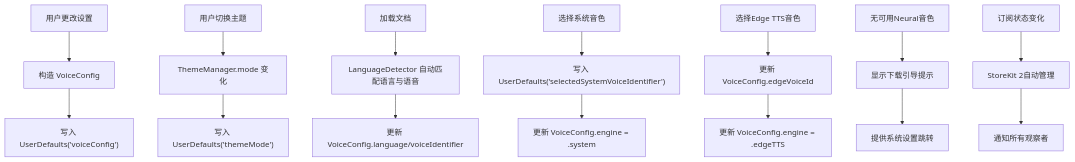
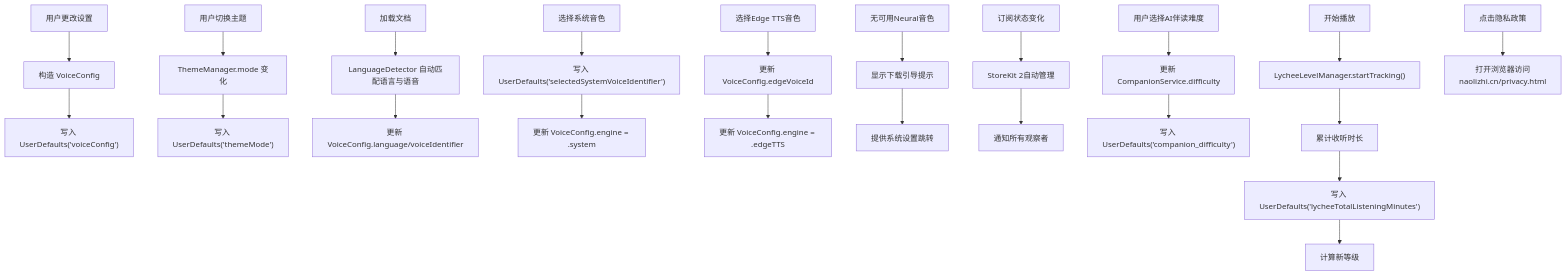
Diagram 16 of 17 in .qoder/repowiki/zh/content/用户界面设计/设置界面/设置界面.md (Primoguo/VoiceReader), drawn with Mermaid before and after one commit. The commit also changed other lines of this file and 92 other files, not shown here.

````diff
--- a/.qoder/repowiki/zh/content/用户界面设计/设置界面/设置界面.md
+++ b/.qoder/repowiki/zh/content/用户界面设计/设置界面/设置界面.md
@@ -675,17 +914,24 @@
 ```mermaid
 flowchart TD
 A["用户更改设置"] --> B["构造 VoiceConfig"]
 B --> C["写入 UserDefaults('voiceConfig')"]
 D["用户切换主题"] --> E["ThemeManager.mode 变化"]
 E --> F["写入 UserDefaults('themeMode')"]
 G["加载文档"] --> H["LanguageDetector 自动匹配语言与语音"]
 H --> I["更新 VoiceConfig.language/voiceIdentifier"]
 J["选择系统音色"] --> K["写入 UserDefaults('selectedSystemVoiceIdentifier')"]
 K --> L["更新 VoiceConfig.engine = .system"]
 M["选择Edge TTS音色"] --> N["更新 VoiceConfig.edgeVoiceId"]
 N --> O["更新 VoiceConfig.engine = .edgeTTS"]
 P["无可用Neural音色"] --> Q["显示下载引导提示"]
 Q --> R["提供系统设置跳转"]
 S["订阅状态变化"] --> T["StoreKit 2自动管理"]
 T --> U["通知所有观察者"]
+V["用户选择AI伴读难度"] --> W["更新 CompanionService.difficulty"]
+W --> X["写入 UserDefaults('companion_difficulty')"]
+Y["开始播放"] --> Z["LycheeLevelManager.startTracking()"]
+Z --> AA["累计收听时长"]
+AA --> AB["写入 UserDefaults('lycheeTotalListeningMinutes')"]
+AB --> AC["计算新等级"]
+AD["点击隐私政策"] --> AE["打开浏览器访问<br/>naolizhi.cn/privacy.html"]
 ```
````
